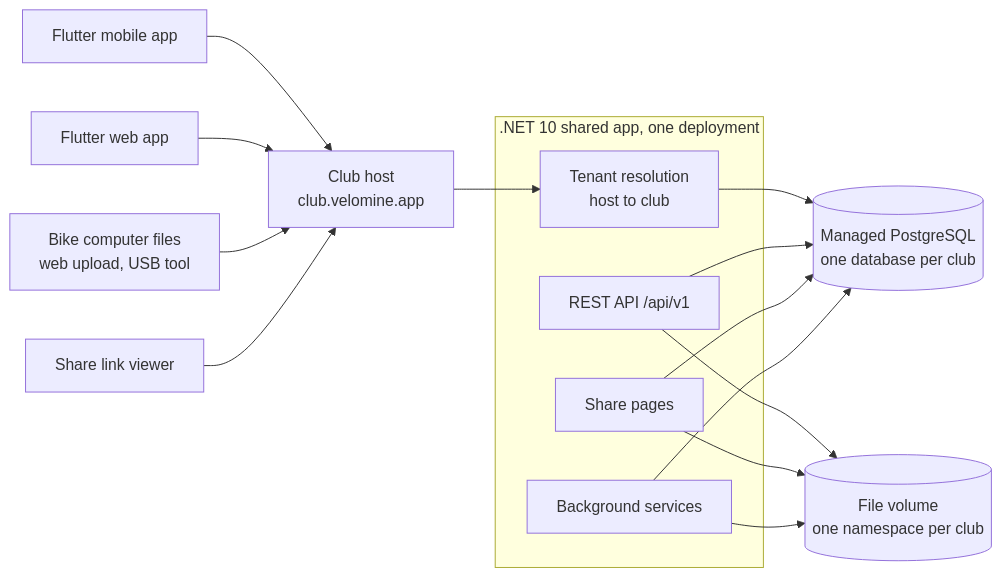
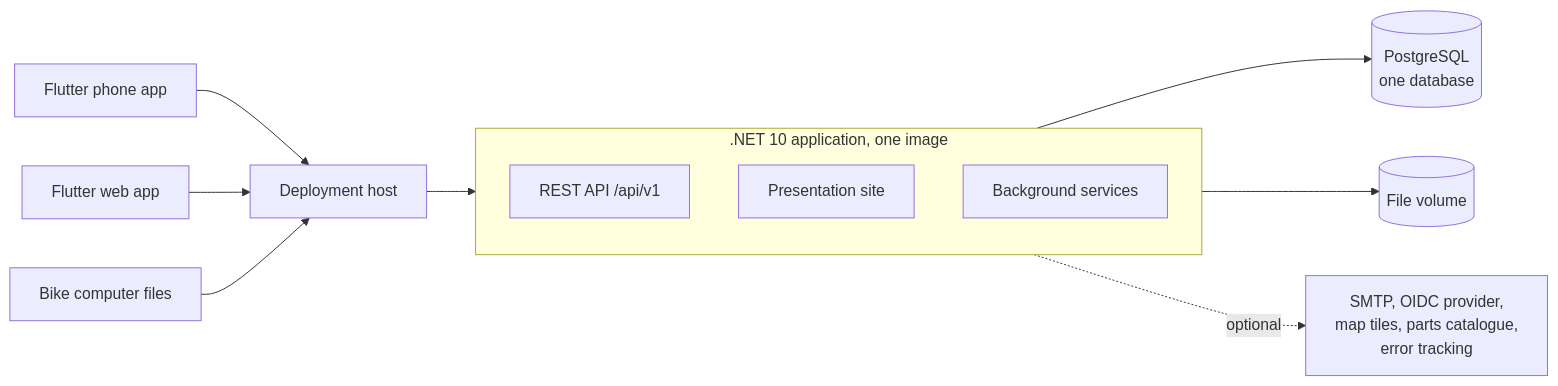
Before and after one commit to zenkraker/Velomine: the first of 3 diagrams in docs/architecture.md, drawn with Mermaid. The commit also changed other lines of this file and 84 other files, not shown here.

````diff
--- a/docs/architecture.md
+++ b/docs/architecture.md
@@ -19,23 +18,17 @@
 ```mermaid
 flowchart LR
-  M[Flutter mobile app] --> HOST[Club host<br/>club.velomine.app]
+  M[Flutter phone app] --> HOST[Deployment host]
   W[Flutter web app] --> HOST
-  U[Bike computer files<br/>web upload, USB tool] --> HOST
-  V[Share link viewer] --> HOST
+  U[Bike computer files] --> HOST
+  HOST --> APP
 
-  subgraph App[".NET 10 shared app, one deployment"]
-    RES[Tenant resolution<br/>host to club]
+  subgraph APP[".NET 10 application, one image"]
     API[REST API /api/v1]
-    HTML[Share pages]
+    SITE[Presentation site]
     BG[Background services]
   end
 
-  HOST --> RES
-  RES --> PG[(Managed PostgreSQL<br/>one database per club)]
-  API --> PG
-  HTML --> PG
-  BG --> PG
-  API --> FS[(File volume<br/>one namespace per club)]
-  HTML --> FS
-  BG --> FS
+  APP --> PG[(PostgreSQL<br/>one database)]
+  APP --> FS[(File volume)]
+  APP -.optional.-> EXT[SMTP, OIDC provider,<br/>map tiles, parts catalogue,<br/>error tracking]
 ```
````
